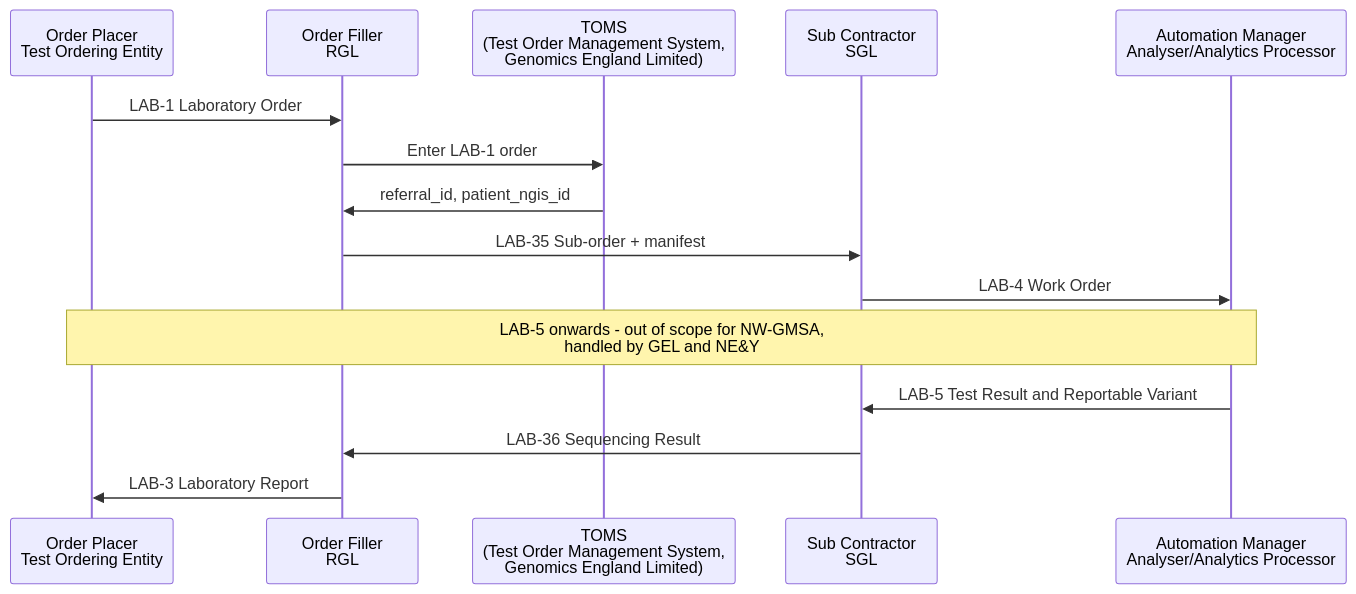
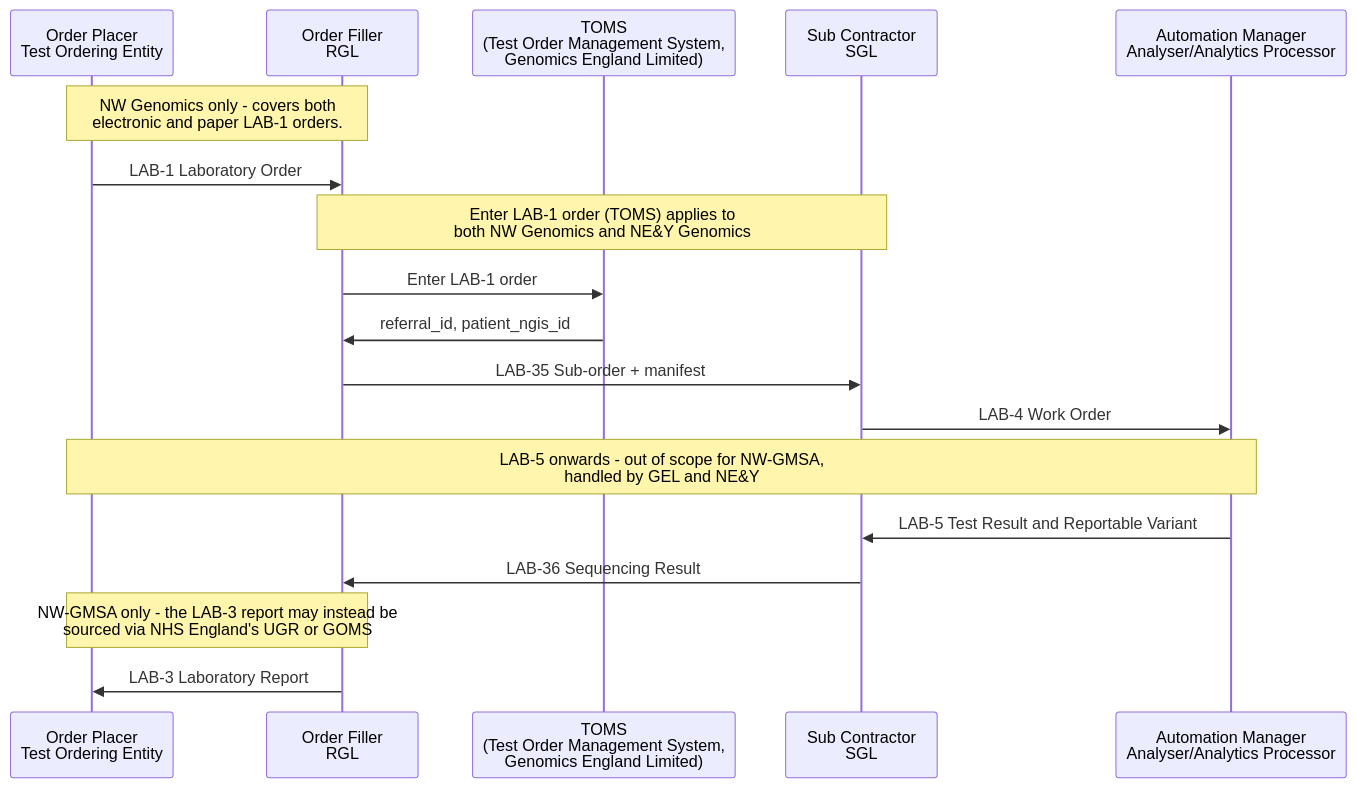
Before and after one commit to nw-gmsa/nw-gmsa.github.com: the third of 3 diagrams in input/pagecontent/dWGS.md, drawn with Mermaid.

Commit message:
Annotate dWGS sequence diagram with NW-GMSA/TOMS and LAB-3 sourcing notes
Clarifies that LAB-1 ordering is NW Genomics only (electronic and paper),
that TOMS order entry applies to both NW Genomics and NE&Y Genomics, and
that the LAB-3 report may be sourced via NHS England's UGR or GOMS.

````diff
--- a/input/pagecontent/dWGS.md
+++ b/input/pagecontent/dWGS.md
@@ -143,18 +143,22 @@
 ```mermaid
 sequenceDiagram
     participant OP as Order Placer<br/>Test Ordering Entity
     participant OF as Order Filler<br/>RGL
     participant TOMS as TOMS<br/>(Test Order Management System,<br/>Genomics England Limited)
     participant SC as Sub Contractor<br/>SGL
     participant ANP as Automation Manager<br/>Analyser/Analytics Processor
 
+    Note over OP,OF: NW Genomics only - covers both <br/>electronic and paper LAB-1 orders.
     OP ->> OF: LAB-1 Laboratory Order
-    OF ->> TOMS: Enter LAB-1 order
+  Note over OF,SC: Enter LAB-1 order (TOMS) applies to<br/>both NW Genomics and NE&Y Genomics
+
+  OF ->> TOMS: Enter LAB-1 order
     TOMS ->> OF: referral_id, patient_ngis_id
     OF ->> SC: LAB-35 Sub-order + manifest
     SC ->> ANP: LAB-4 Work Order
     Note over ANP,OP: LAB-5 onwards - out of scope for NW-GMSA,<br/>handled by GEL and NE&Y
     ANP ->> SC: LAB-5 Test Result and Reportable Variant
     SC ->> OF: LAB-36 Sequencing Result
+    Note over OF,OP: NW-GMSA only - the LAB-3 report may instead be<br/>sourced via NHS England's UGR or GOMS
     OF ->> OP: LAB-3 Laboratory Report
 ```
````
